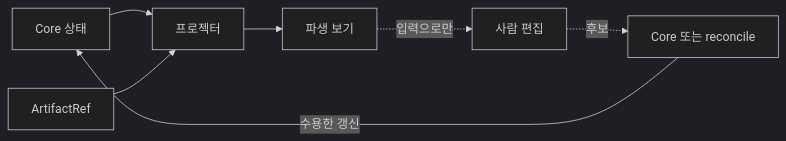
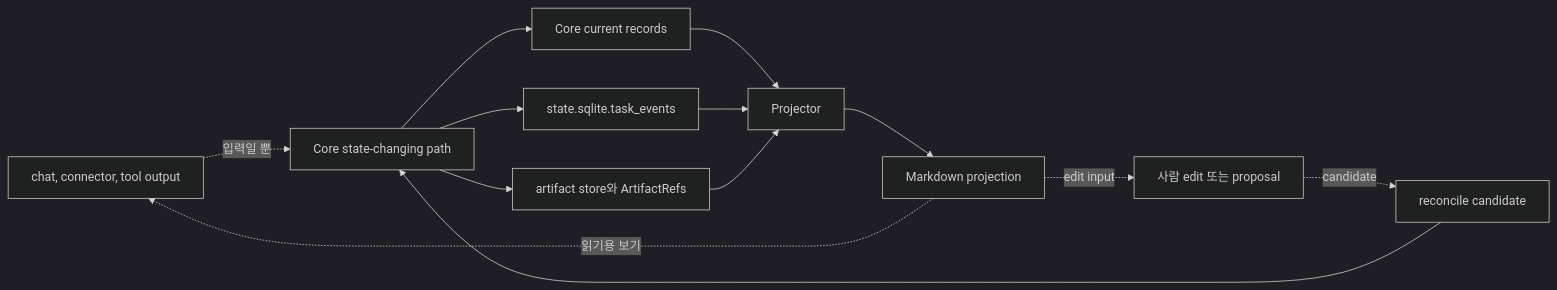
Before and after one commit to minjungw00/Harness_Project: the diagram in docs/ko/reference/document-projection.md, drawn with Mermaid (dark theme). The commit also changed other lines of this file and 26 other files, not shown here.

Commit message:
docs: normalize diagrams and reader navigation paths

````diff
--- a/docs/ko/reference/document-projection.md
+++ b/docs/ko/reference/document-projection.md
@@ -96,16 +96,25 @@
 ```mermaid
 flowchart LR
-  Core["Core 상태"]
-  ArtifactRefs["ArtifactRef"]
-  Projector["프로젝터"]
-  Views["파생 보기"]
-  Human["사람 편집"]
-  Reconcile["Core 또는 reconcile"]
+  Chat["chat, connector, tool output"]
+  Projection["Markdown projection"]
+  Edit["사람 edit 또는 proposal"]
+  Reconcile["reconcile candidate"]
+  CorePath["Core state-changing path"]
+  Records["Core current records"]
+  Events["state.sqlite.task_events"]
+  Artifacts["artifact store와 ArtifactRefs"]
+  Projector["Projector"]
 
-  Core --> Projector
-  ArtifactRefs --> Projector
-  Projector --> Views
-  Views -. 입력으로만 .-> Human
-  Human -. 후보 .-> Reconcile
-  Reconcile -->|수용한 갱신| Core
+  Chat -. 입력일 뿐 .-> CorePath
+  Projection -. 읽기용 보기 .-> Chat
+  Projection -. edit input .-> Edit
+  Edit -. candidate .-> Reconcile
+  Reconcile --> CorePath
+  CorePath --> Records
+  CorePath --> Events
+  CorePath --> Artifacts
+  Records --> Projector
+  Events --> Projector
+  Artifacts --> Projector
+  Projector --> Projection
 ```
````
